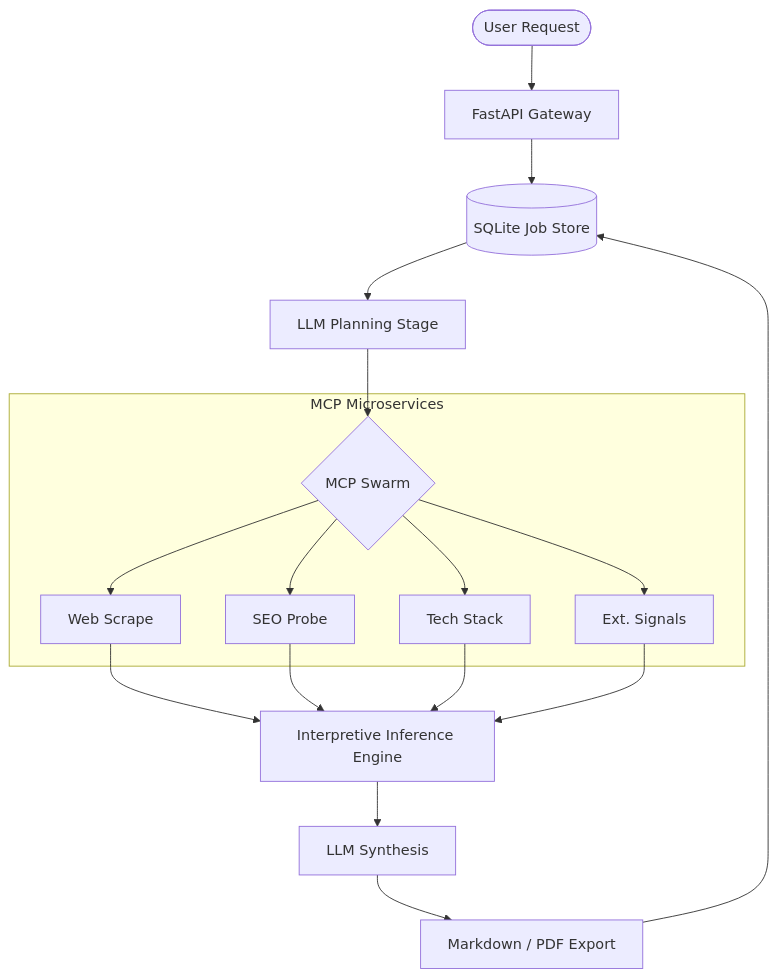
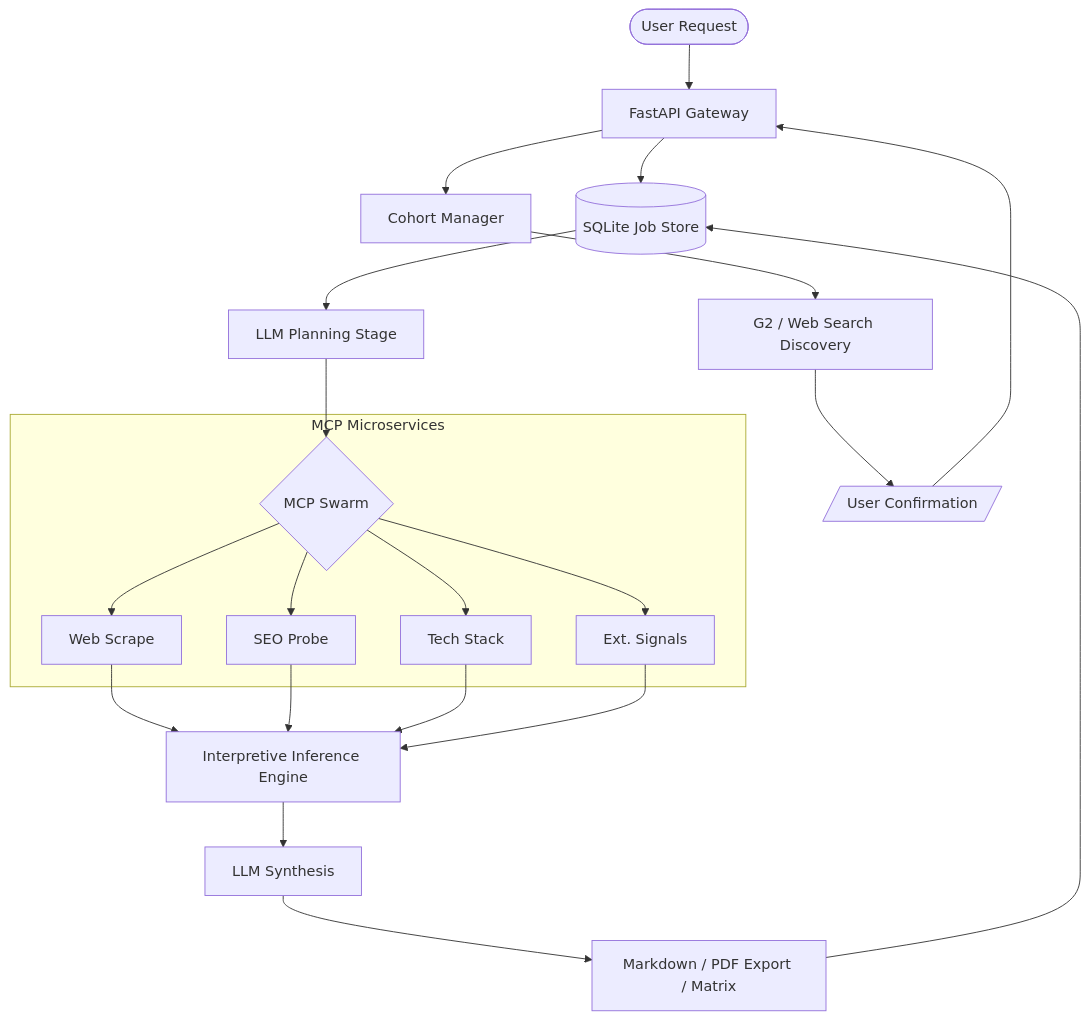
Before and after one commit to technoir7/signal_analyst: the diagram in README.md, drawn with Mermaid. The commit also changed other lines of this file and 16 other files, not shown here.

````diff
--- a/README.md
+++ b/README.md
@@ -133,19 +172,24 @@
 ```mermaid
 graph TD
     User([User Request]) --> API[FastAPI Gateway]
+    API --> Cohort[Cohort Manager]
+    Cohort --> Discovery[G2 / Web Search Discovery]
+    Discovery --> UserConfirm[/User Confirmation/]
+    UserConfirm --> API
+    
     API --> JobQueue[(SQLite Job Store)]
     JobQueue --> LLMPlan[LLM Planning Stage]
     LLMPlan --> MCP_Swarm{MCP Swarm}
     
     subgraph MCP Microservices
     MCP_Swarm --> WS[Web Scrape]
     MCP_Swarm --> SEO[SEO Probe]
     MCP_Swarm --> TS[Tech Stack]
     MCP_Swarm --> EXT[Ext. Signals]
     end
     
     WS & SEO & TS & EXT --> INF[Interpretive Inference Engine]
     INF --> LLMSynth[LLM Synthesis]
-    LLMSynth --> FinalReport[Markdown / PDF Export]
+    LLMSynth --> FinalReport[Markdown / PDF Export / Matrix]
     FinalReport --> JobQueue
 ```
````
